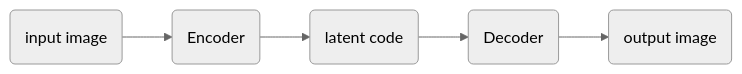
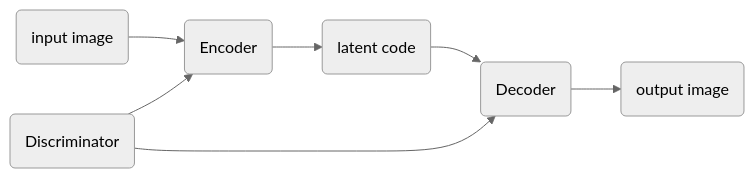
The diagram in 1-Machine-Learning/7-Generative-Models/GAN/2-Applicational-GAN/Multi-view/README.md (yzy1996/Artificial-Intelligence), drawn with Mermaid (neutral theme) before and after one commit. The commit also changed other lines of this file, not shown here.

````diff
--- a/1-Machine-Learning/7-Generative-Models/GAN/2-Applicational-GAN/Multi-view/README.md
+++ b/1-Machine-Learning/7-Generative-Models/GAN/2-Applicational-GAN/Multi-view/README.md
@@ -25,5 +25,7 @@
 ```mermaid
 graph LR
     A(input image) --> B(Encoder) --> C(latent code) --> D(Decoder) --> E(output image)
+    F(Discriminator) --> B
+    F --> D
     
 ```
````
